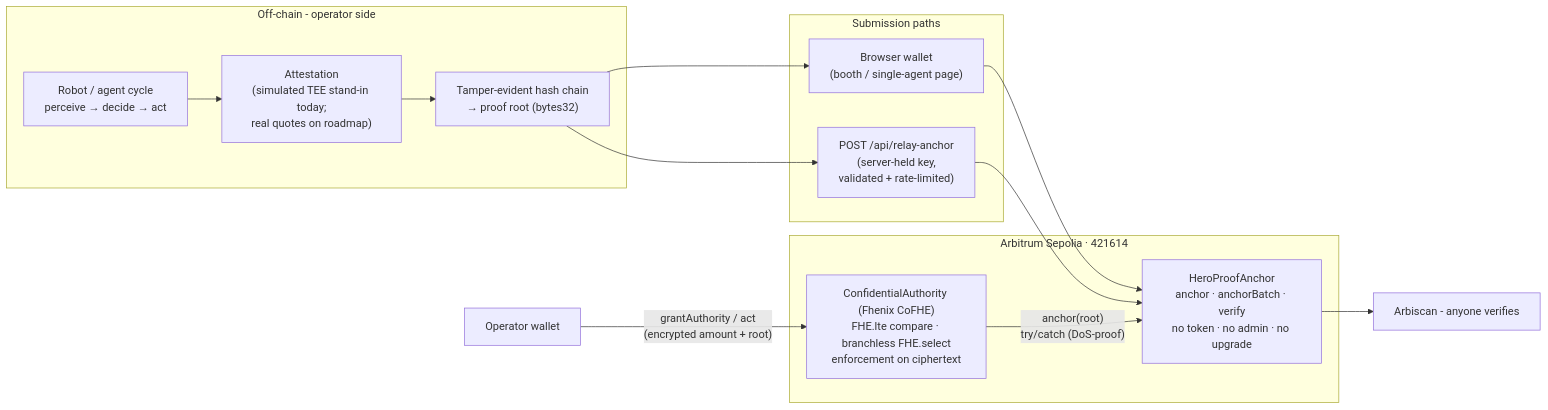
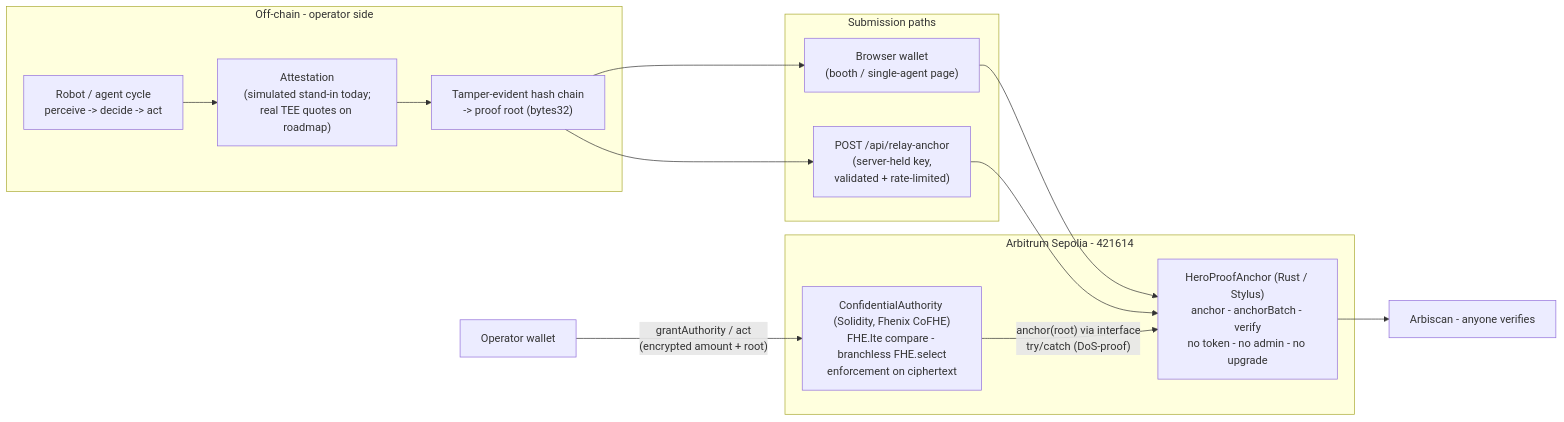
The diagram in README.md (joyosive/hero-anchor), drawn with Mermaid before and after one commit. The commit also changed other lines of this file, not shown here.

Commit message:
docs: rewrite README - deck-aligned, Rust/Stylus anchor + verified Fhenix authority, honest status, team bios

````diff
--- a/README.md
+++ b/README.md
@@ -73,25 +101,25 @@
 ```mermaid
 flowchart LR
     subgraph OFF["Off-chain - operator side"]
-        CYC["Robot / agent cycle<br/>perceive → decide → act"]
-        ATT["Attestation<br/>(simulated TEE stand-in today;<br/>real quotes on roadmap)"]
-        ROOT["Tamper-evident hash chain<br/>→ proof root (bytes32)"]
+        CYC["Robot / agent cycle<br/>perceive -> decide -> act"]
+        ATT["Attestation<br/>(simulated stand-in today;<br/>real TEE quotes on roadmap)"]
+        ROOT["Tamper-evident hash chain<br/>-> proof root (bytes32)"]
         CYC --> ATT --> ROOT
     end
 
     subgraph SUBMIT["Submission paths"]
         BW["Browser wallet<br/>(booth / single-agent page)"]
         RL["POST /api/relay-anchor<br/>(server-held key,<br/>validated + rate-limited)"]
     end
 
-    subgraph ARB["Arbitrum Sepolia · 421614"]
-        PA["HeroProofAnchor<br/>anchor · anchorBatch · verify<br/>no token · no admin · no upgrade"]
-        CA["ConfidentialAuthority (Fhenix CoFHE)<br/>FHE.lte compare · branchless FHE.select<br/>enforcement on ciphertext"]
+    subgraph ARB["Arbitrum Sepolia - 421614"]
+        PA["HeroProofAnchor (Rust / Stylus)<br/>anchor - anchorBatch - verify<br/>no token - no admin - no upgrade"]
+        CA["ConfidentialAuthority (Solidity, Fhenix CoFHE)<br/>FHE.lte compare - branchless FHE.select<br/>enforcement on ciphertext"]
     end
 
     ROOT --> BW --> PA
     ROOT --> RL --> PA
     OPW["Operator wallet"] -->|"grantAuthority / act<br/>(encrypted amount + root)"| CA
-    CA -->|"anchor(root)<br/>try/catch (DoS-proof)"| PA
+    CA -->|"anchor(root) via interface<br/>try/catch (DoS-proof)"| PA
     PA --> SCAN["Arbiscan - anyone verifies"]
 ```
````
